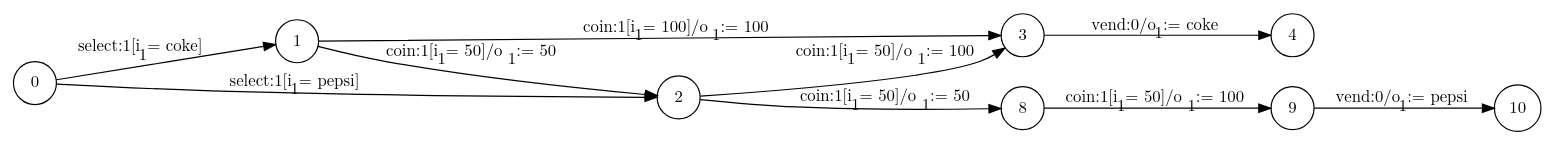
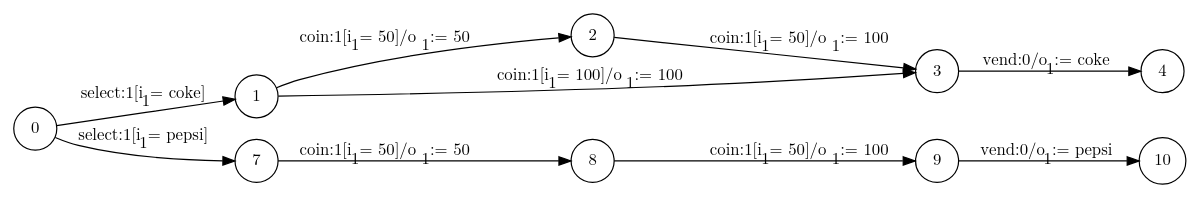
The diagram in inference-tool/dotfiles/drinks.dot (jmafoster1/efsm-inference), drawn with Graphviz before and after one commit. The commit also changed 69 other files, not shown here.

```diff
--- a/inference-tool/dotfiles/drinks.dot
+++ b/inference-tool/dotfiles/drinks.dot
@@ -1,14 +1,14 @@
 digraph EFSM{
 graph [rankdir="LR", fontname="Latin Modern Math"];
 node [color="black", fillcolor="white", shape="circle", style="filled", fontname="Latin Modern Math"];
 edge [fontname="Latin Modern Math"];
 0->1[label=<select:1&#91;i<sub>1</sub> = coke&#93;>]
-0->2[label=<select:1&#91;i<sub>1</sub> = pepsi&#93;>]
+0->7[label=<select:1&#91;i<sub>1</sub> = pepsi&#93;>]
 1->2[label=<coin:1&#91;i<sub>1</sub> = 50&#93;/o<sub>1</sub> := 50>]
 1->3[label=<coin:1&#91;i<sub>1</sub> = 100&#93;/o<sub>1</sub> := 100>]
 2->3[label=<coin:1&#91;i<sub>1</sub> = 50&#93;/o<sub>1</sub> := 100>]
-2->8[label=<coin:1&#91;i<sub>1</sub> = 50&#93;/o<sub>1</sub> := 50>]
 3->4[label=<vend:0/o<sub>1</sub> := coke>]
+7->8[label=<coin:1&#91;i<sub>1</sub> = 50&#93;/o<sub>1</sub> := 50>]
 8->9[label=<coin:1&#91;i<sub>1</sub> = 50&#93;/o<sub>1</sub> := 100>]
 9->10[label=<vend:0/o<sub>1</sub> := pepsi>]
 }
```
